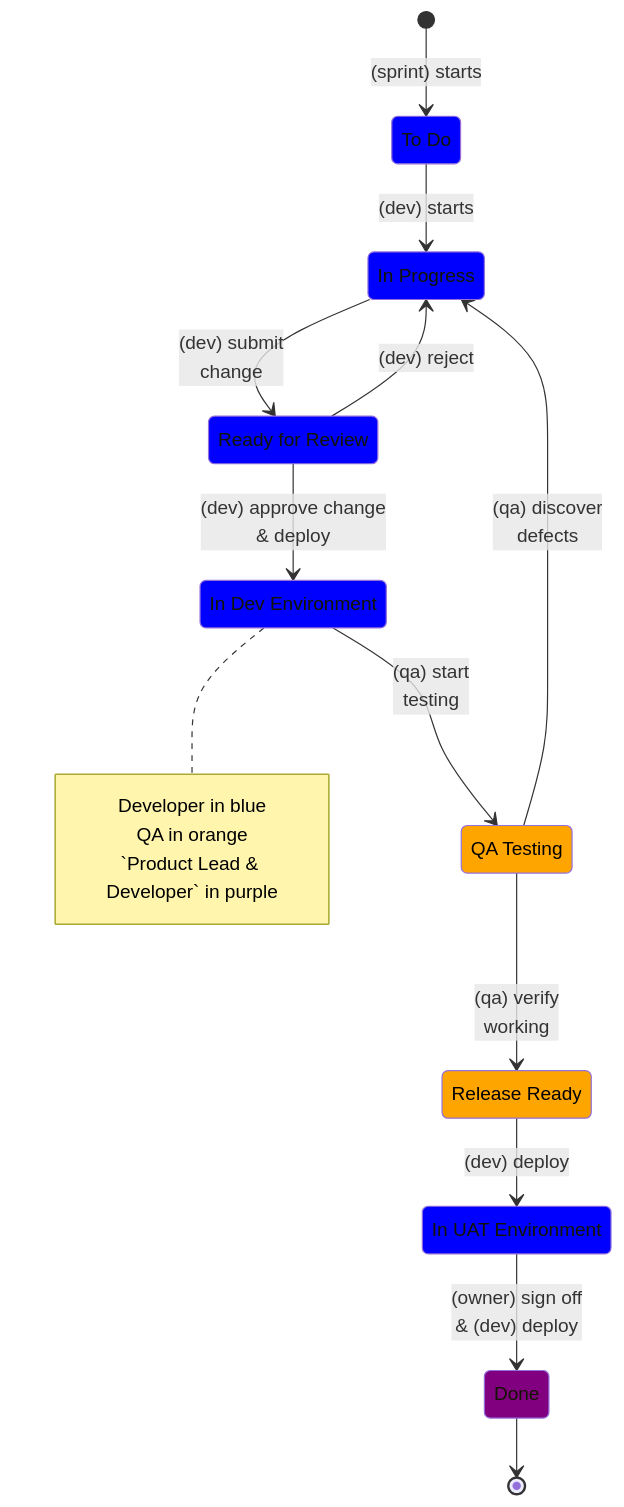
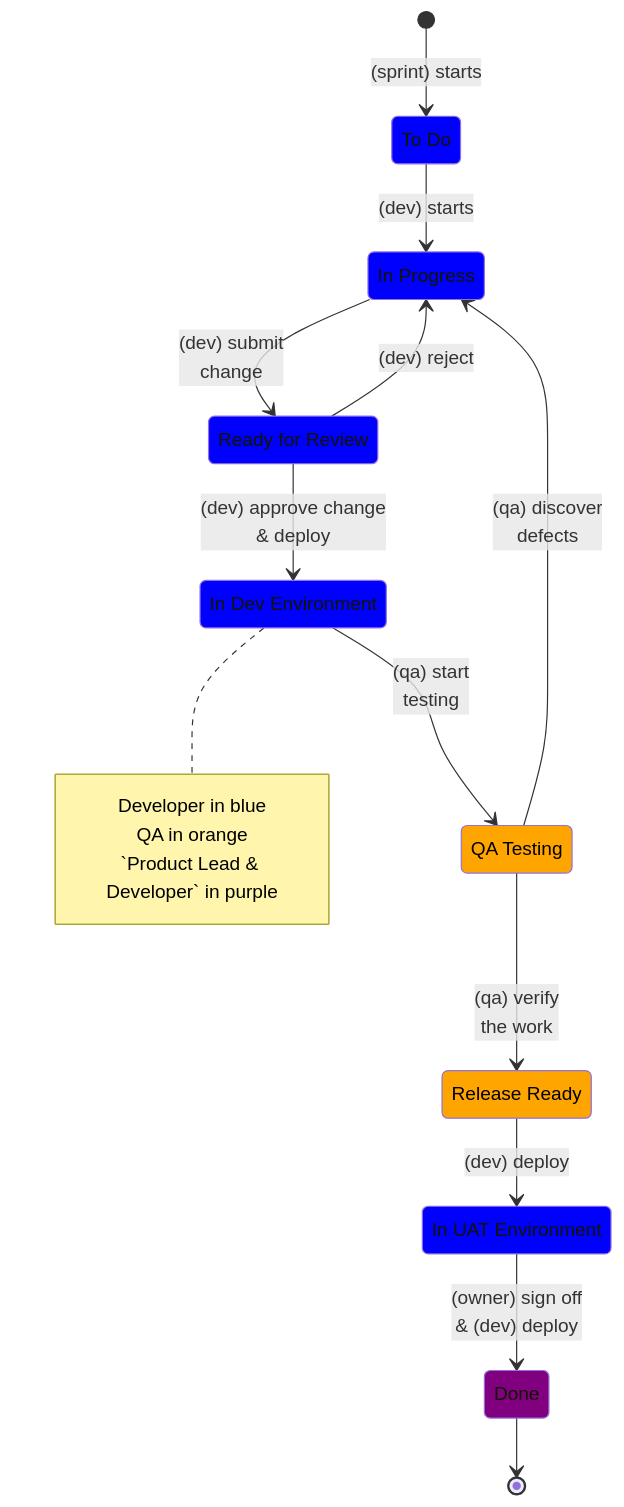
Before and after one commit to adamwan-nexplore/guidebook-nxp-hk: the diagram in how-we-develop/general.md, drawn with Mermaid. The commit also changed 41 other files, not shown here.

````diff
--- a/how-we-develop/general.md
+++ b/how-we-develop/general.md
@@ -28,49 +28,49 @@
 ```mermaid
 stateDiagram-v2
 
   state "To Do" as ToDo
   state "In Progress" as InProgress
   state "Ready for Review" as ReadyForReview
   state "In Dev Environment" as ToDev
   state "QA Testing" as QATesting
   state "Release Ready" as ReleaseReady
   state "In UAT Environment" as ToUAT
   state "Done" as Done
 
   classDef dev fill:blue
   classDef qa fill:orange,color:black
   classDef pl fill:purple
 
   [*] --> ToDo: (sprint) starts
   ToDo --> InProgress: (dev) starts
   InProgress --> ReadyForReview: (dev) submit<br />change
   ReadyForReview --> ToDev: (dev) approve change<br />& deploy
   ReadyForReview --> InProgress: (dev) reject
 
   ToDev --> QATesting: (qa) start<br />testing
-  QATesting --> ReleaseReady: (qa) verify<br />working
+  QATesting --> ReleaseReady: (qa) verify<br />the work
   QATesting --> InProgress: (qa) discover<br />defects
 
   ReleaseReady --> ToUAT: (dev) deploy
   ToUAT --> Done: (owner) sign off<br />& (dev) deploy
   Done --> [*]
 
   note right of ToDev
     Developer in blue
     QA in orange
     `Product Lead & Developer` in purple
   end note
 
   class ToDo dev
   class InProgress dev
   class ReadyForReview dev
   class ToDev dev
   class QATesting qa
   class ReleaseReady qa
   class ToUAT dev
   class Done pl
 
   class Dev dev
   class Qa qa
   class Pl pl
 ```
````
